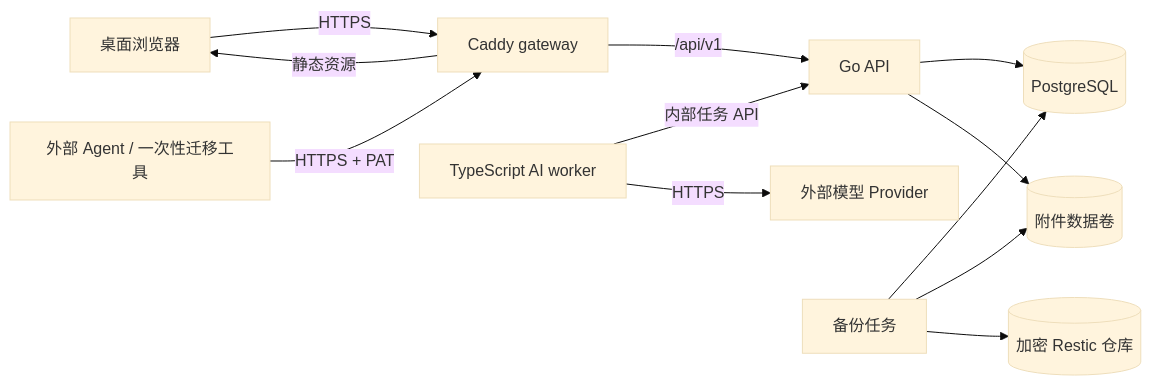
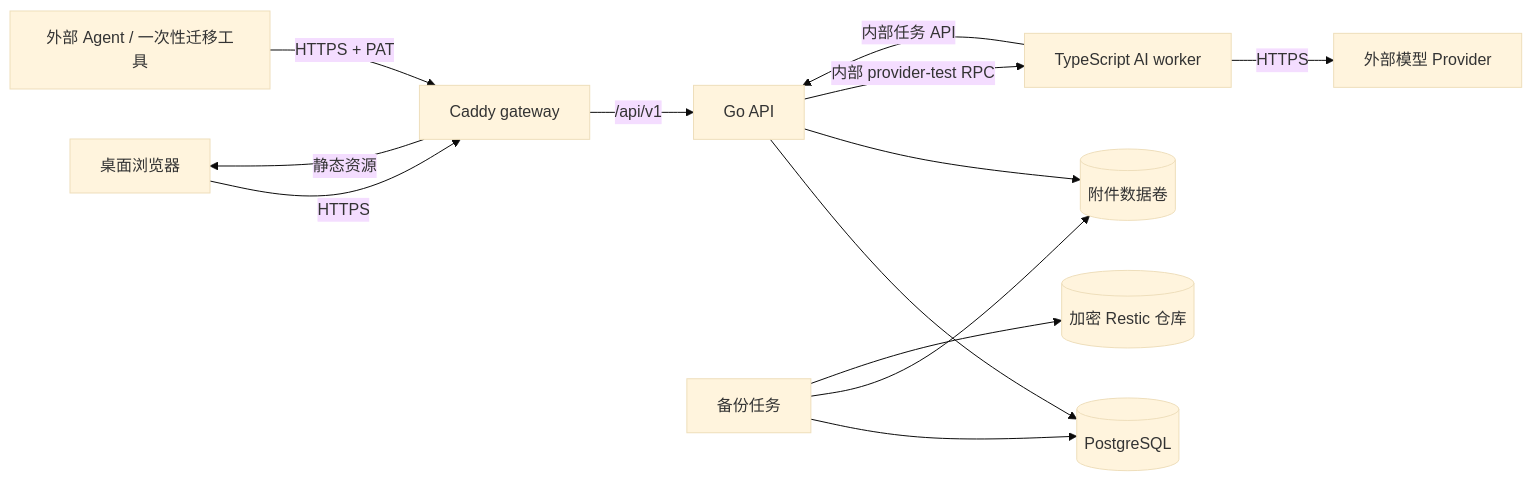
The diagram in docs/01-ARCHITECTURE.md (hxf4869/dev-toolbox), drawn with Mermaid (base theme) before and after one commit. The commit also changed other lines of this file and 9 other files, not shown here.

````diff
--- a/docs/01-ARCHITECTURE.md
+++ b/docs/01-ARCHITECTURE.md
@@ -28,17 +30,18 @@
 ```mermaid
 flowchart LR
     Browser[桌面浏览器] -->|HTTPS| Gateway[Caddy gateway]
     ExternalAgent[外部 Agent / 一次性迁移工具] -->|HTTPS + PAT| Gateway
 
     Gateway -->|静态资源| Browser
     Gateway -->|/api/v1| API[Go API]
 
     API --> DB[(PostgreSQL)]
     API --> Files[(附件数据卷)]
     Worker[TypeScript AI worker] -->|内部任务 API| API
+    API -->|内部 provider-test RPC| Worker
     Worker -->|HTTPS| Providers[外部模型 Provider]
 
     Backup[备份任务] --> DB
     Backup --> Files
     Backup --> Repo[(加密 Restic 仓库)]
 ```
````
